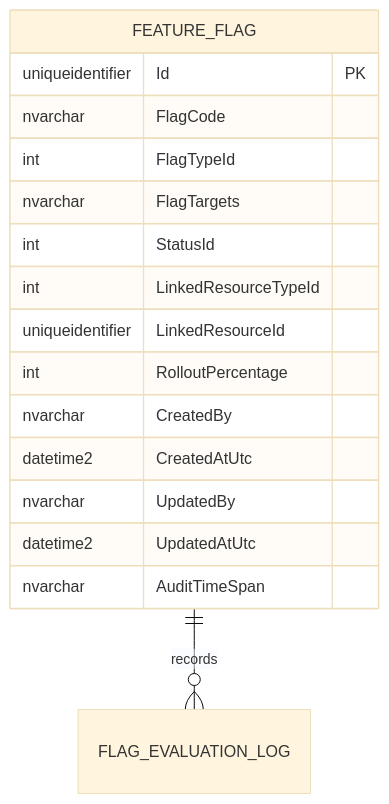
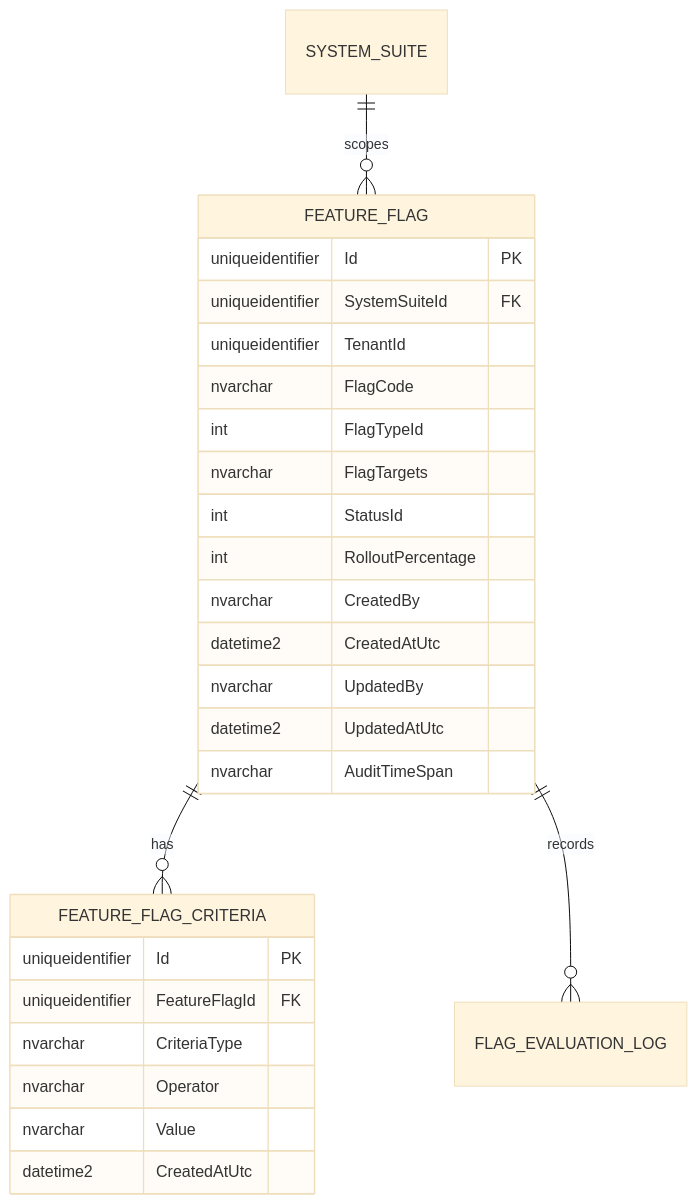
Before and after one commit to beyondnetcode/ums: the fourth of 4 diagrams in docs/domain/configuration/feature-flag.md, drawn with Mermaid (base theme). The commit also changed other lines of this file and 10 other files, not shown here.

````diff
--- a/docs/domain/configuration/feature-flag.md
+++ b/docs/domain/configuration/feature-flag.md
@@ -115,20 +203,31 @@
 ```mermaid
 erDiagram
+    SYSTEM_SUITE ||--o{ FEATURE_FLAG : "scopes"
+    FEATURE_FLAG ||--o{ FEATURE_FLAG_CRITERIA : "has"
     FEATURE_FLAG ||--o{ FLAG_EVALUATION_LOG : "records"
 
     FEATURE_FLAG {
         uniqueidentifier Id PK
+        uniqueidentifier SystemSuiteId FK
+        uniqueidentifier TenantId
         nvarchar FlagCode
         int FlagTypeId
         nvarchar FlagTargets
         int StatusId
-        int LinkedResourceTypeId
-        uniqueidentifier LinkedResourceId
         int RolloutPercentage
         nvarchar CreatedBy
         datetime2 CreatedAtUtc
         nvarchar UpdatedBy
         datetime2 UpdatedAtUtc
         nvarchar AuditTimeSpan
     }
+
+    FEATURE_FLAG_CRITERIA {
+        uniqueidentifier Id PK
+        uniqueidentifier FeatureFlagId FK
+        nvarchar CriteriaType
+        nvarchar Operator
+        nvarchar Value
+        datetime2 CreatedAtUtc
+    }
 ```
````
